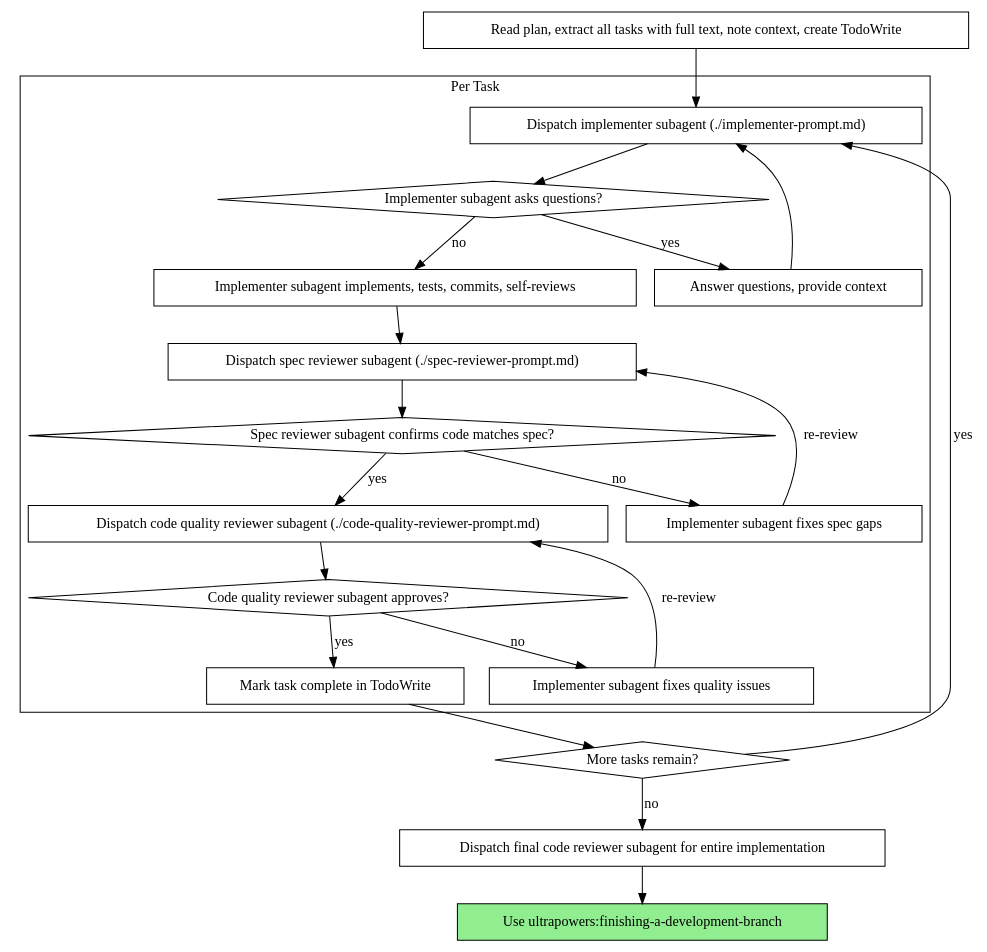
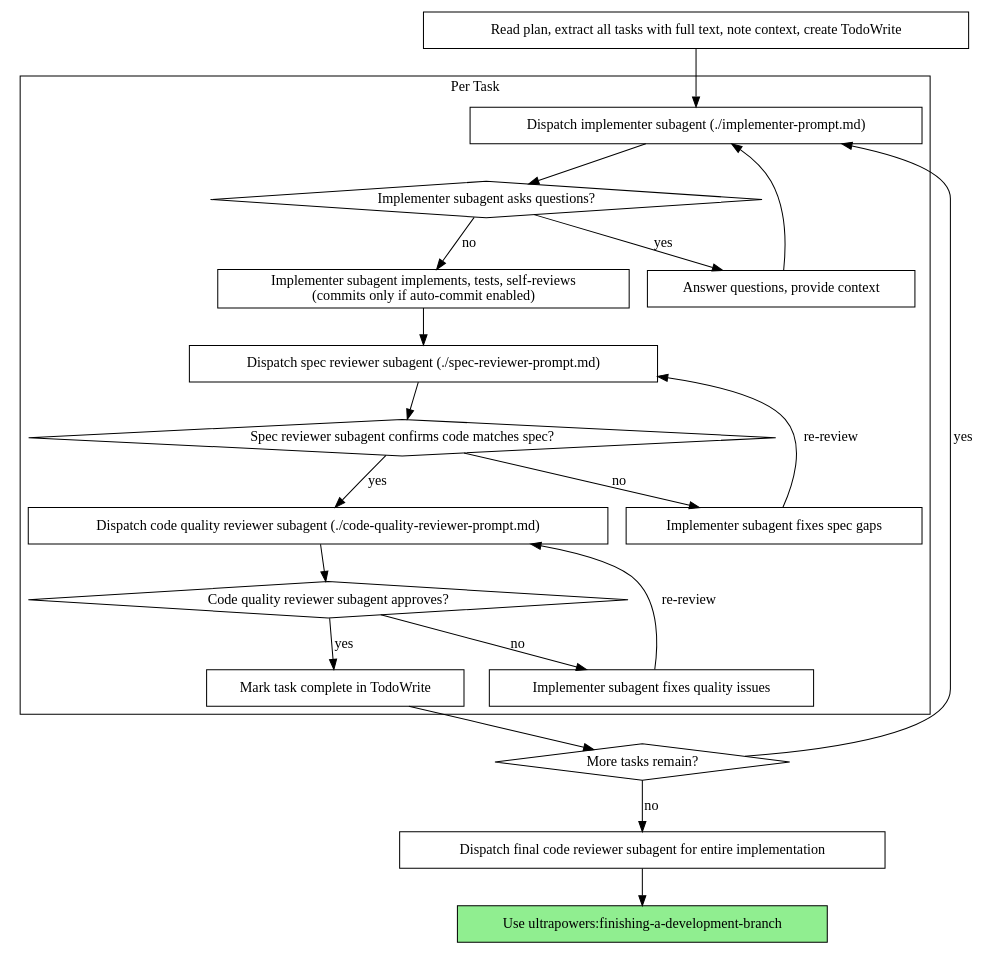
The second of 2 diagrams in skills/subagent-driven-development/SKILL.md (obra/superpowers), drawn with Graphviz before and after one commit. The commit also changed 4 other files, not shown here.

````diff
--- a/skills/subagent-driven-development/SKILL.md
+++ b/skills/subagent-driven-development/SKILL.md
@@ -42,44 +42,44 @@
 ```dot
 digraph process {
     rankdir=TB;
 
     subgraph cluster_per_task {
         label="Per Task";
         "Dispatch implementer subagent (./implementer-prompt.md)" [shape=box];
         "Implementer subagent asks questions?" [shape=diamond];
         "Answer questions, provide context" [shape=box];
-        "Implementer subagent implements, tests, commits, self-reviews" [shape=box];
+        "Implementer subagent implements, tests, self-reviews\n(commits only if auto-commit enabled)" [shape=box];
         "Dispatch spec reviewer subagent (./spec-reviewer-prompt.md)" [shape=box];
         "Spec reviewer subagent confirms code matches spec?" [shape=diamond];
         "Implementer subagent fixes spec gaps" [shape=box];
         "Dispatch code quality reviewer subagent (./code-quality-reviewer-prompt.md)" [shape=box];
         "Code quality reviewer subagent approves?" [shape=diamond];
         "Implementer subagent fixes quality issues" [shape=box];
         "Mark task complete in TodoWrite" [shape=box];
     }
 
     "Read plan, extract all tasks with full text, note context, create TodoWrite" [shape=box];
     "More tasks remain?" [shape=diamond];
     "Dispatch final code reviewer subagent for entire implementation" [shape=box];
     "Use ultrapowers:finishing-a-development-branch" [shape=box style=filled fillcolor=lightgreen];
 
     "Read plan, extract all tasks with full text, note context, create TodoWrite" -> "Dispatch implementer subagent (./implementer-prompt.md)";
     "Dispatch implementer subagent (./implementer-prompt.md)" -> "Implementer subagent asks questions?";
     "Implementer subagent asks questions?" -> "Answer questions, provide context" [label="yes"];
     "Answer questions, provide context" -> "Dispatch implementer subagent (./implementer-prompt.md)";
-    "Implementer subagent asks questions?" -> "Implementer subagent implements, tests, commits, self-reviews" [label="no"];
-    "Implementer subagent implements, tests, commits, self-reviews" -> "Dispatch spec reviewer subagent (./spec-reviewer-prompt.md)";
+    "Implementer subagent asks questions?" -> "Implementer subagent implements, tests, self-reviews\n(commits only if auto-commit enabled)" [label="no"];
+    "Implementer subagent implements, tests, self-reviews\n(commits only if auto-commit enabled)" -> "Dispatch spec reviewer subagent (./spec-reviewer-prompt.md)";
     "Dispatch spec reviewer subagent (./spec-reviewer-prompt.md)" -> "Spec reviewer subagent confirms code matches spec?";
     "Spec reviewer subagent confirms code matches spec?" -> "Implementer subagent fixes spec gaps" [label="no"];
     "Implementer subagent fixes spec gaps" -> "Dispatch spec reviewer subagent (./spec-reviewer-prompt.md)" [label="re-review"];
     "Spec reviewer subagent confirms code matches spec?" -> "Dispatch code quality reviewer subagent (./code-quality-reviewer-prompt.md)" [label="yes"];
     "Dispatch code quality reviewer subagent (./code-quality-reviewer-prompt.md)" -> "Code quality reviewer subagent approves?";
     "Code quality reviewer subagent approves?" -> "Implementer subagent fixes quality issues" [label="no"];
     "Implementer subagent fixes quality issues" -> "Dispatch code quality reviewer subagent (./code-quality-reviewer-prompt.md)" [label="re-review"];
     "Code quality reviewer subagent approves?" -> "Mark task complete in TodoWrite" [label="yes"];
     "Mark task complete in TodoWrite" -> "More tasks remain?";
     "More tasks remain?" -> "Dispatch implementer subagent (./implementer-prompt.md)" [label="yes"];
     "More tasks remain?" -> "Dispatch final code reviewer subagent for entire implementation" [label="no"];
     "Dispatch final code reviewer subagent for entire implementation" -> "Use ultrapowers:finishing-a-development-branch";
 }
 ```
````
